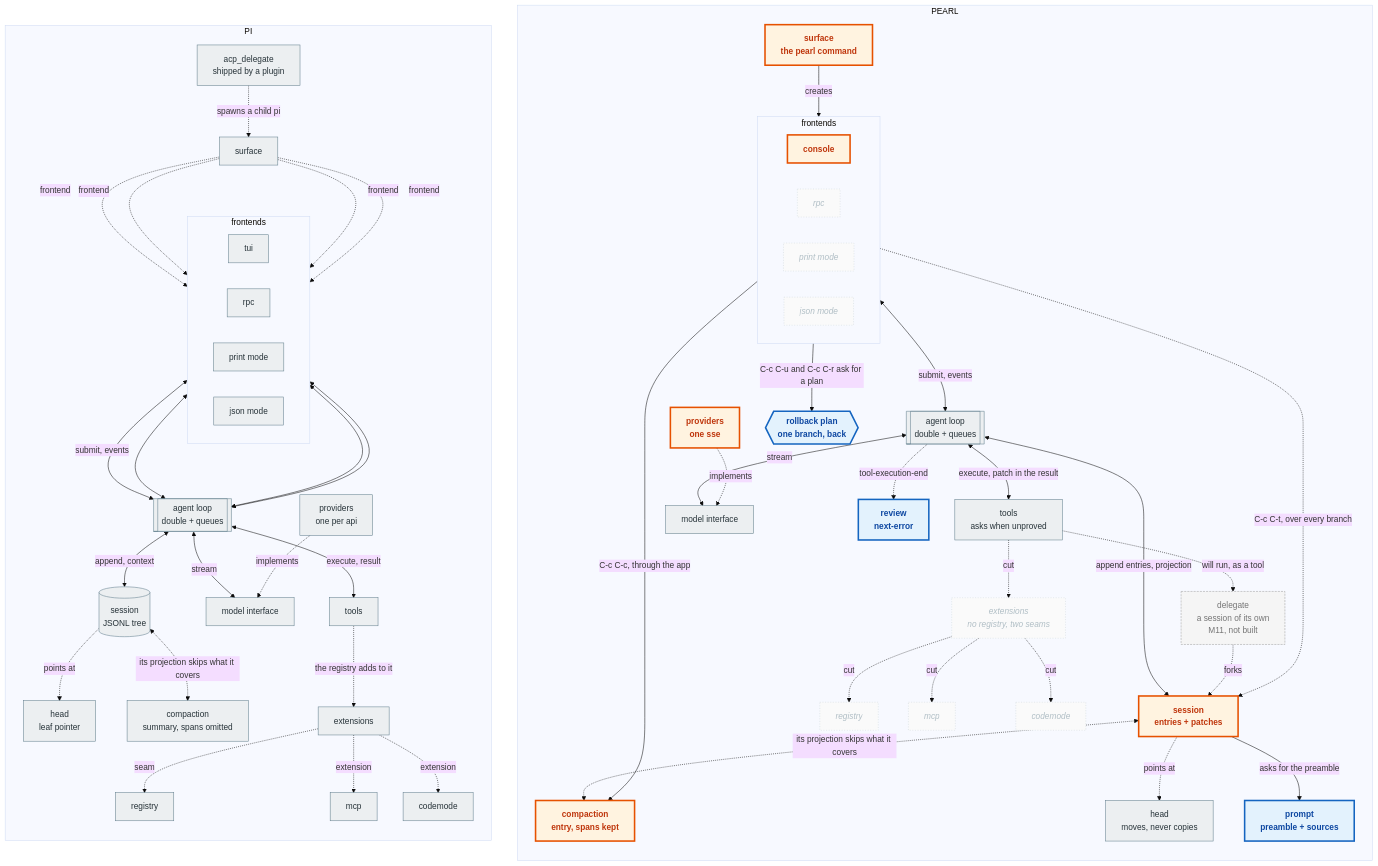
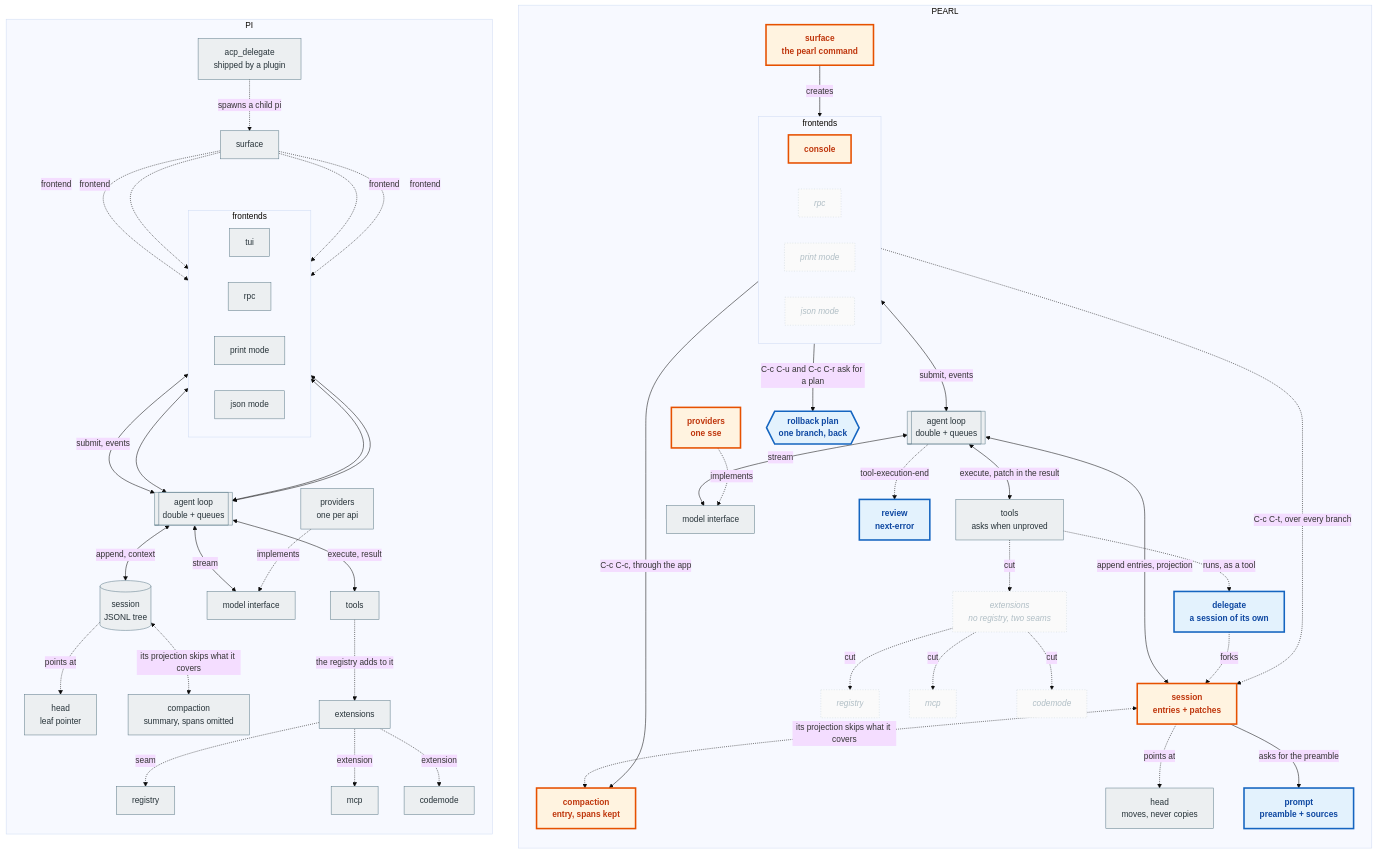
One commit to OverbearingPearl/pearl changed the diagram in README.md. Above: the diagram before and after it, drawn with Mermaid (base theme). The commit also changed other lines of this file and 9 other files, not shown here.

````diff
--- a/README.md
+++ b/README.md
@@ -114,69 +114,68 @@
 ```mermaid
 flowchart TB
   subgraph R["PEARL"]
     direction TB
     r_surf["surface<br/>the pearl command"]
     subgraph r_fronts["frontends"]
       direction LR
       r_console["console"] & r_rpc["rpc"] & r_print["print mode"] & r_json["json mode"]
     end
     r_surf -->|creates| r_console
     r_console <-->|submit, events| r_loop[["agent loop<br/>double + queues"]]
     r_console -->|C-c C-c, through the app| r_compact
     r_console -.->|C-c C-t, over every branch| r_sess
     r_loop <-->|execute, patch in the result| r_tools["tools<br/>asks when unproved"]
     r_loop <-->|stream| r_model["model interface"]
     r_loop <-->|append entries, projection| r_sess["session<br/>entries + patches"]
     r_sess -.->|points at| r_leaf["head<br/>moves, never copies"]
     r_sess <-.->|its projection skips what it covers| r_compact["compaction<br/>entry, spans kept"]
     r_tools -.->|cut| r_ext["extensions<br/>no registry, two seams"]
     r_prov["providers<br/>one sse"] -.->|implements| r_model
-    r_tools -.->|will run, as a tool| r_delegate["delegate<br/>a session of its own<br/>M11, not built"]
+    r_tools -.->|runs, as a tool| r_delegate["delegate<br/>a session of its own"]
     r_delegate -.->|forks| r_sess
     r_sess -->|asks for the preamble| r_prompt["prompt<br/>preamble + sources"]
     r_plan{{"rollback plan<br/>one branch, back"}}
     r_console -->|C-c C-u and C-c C-r ask for a plan| r_plan
     r_loop -.->|tool-execution-end| r_review["review<br/>next-error"]
     r_ext -.->|cut| r_registry["registry"]
     r_ext -.->|cut| r_mcp["mcp"]
     r_ext -.->|cut| r_codemode["codemode"]
   end
   subgraph L["PI"]
     direction TB
     l_surf["surface"]
     subgraph l_fronts["frontends"]
       direction LR
       l_tui["tui"] & l_rpc["rpc"] & l_print["print mode"] & l_json["json mode"]
     end
     l_surf -.->|frontend| l_tui
     l_surf -.->|frontend| l_rpc
     l_surf -.->|frontend| l_print
     l_surf -.->|frontend| l_json
     l_tui <-->|submit, events| l_loop[["agent loop<br/>double + queues"]]
     l_rpc <--> l_loop
     l_print <--> l_loop
     l_json <--> l_loop
     l_loop <-->|execute, result| l_tools["tools"]
     l_loop <-->|stream| l_model["model interface"]
     l_loop <-->|append, context| l_sess[("session<br/>JSONL tree")]
     l_sess -.->|points at| l_leaf["head<br/>leaf pointer"]
     l_sess <-.->|its projection skips what it covers| l_compact["compaction<br/>summary, spans omitted"]
     l_tools -.->|the registry adds to it| l_ext["extensions"]
     l_ext -.->|seam| l_registry["registry"]
     l_ext -.->|extension| l_mcp["mcp"]
     l_ext -.->|extension| l_codemode["codemode"]
     l_prov["providers<br/>one per api"] -.->|implements| l_model
     l_delegate["acp_delegate<br/>shipped by a plugin"] -.->|spawns a child pi| l_surf
   end
   classDef base fill:#eceff1,stroke:#607d8b,color:#263238
   classDef changed fill:#fff3e0,stroke:#e65100,color:#bf360c,stroke-width:3px,font-weight:bold
   classDef added fill:#e3f2fd,stroke:#1565c0,color:#0d47a1,stroke-width:3px,font-weight:bold
   classDef removed fill:#fafafa,stroke:#cfd8dc,color:#b0bec5,font-style:italic,stroke-dasharray:2 3
-  classDef planned fill:#f5f5f5,stroke:#9e9e9e,color:#757575,stroke-dasharray:4 2
   class l_surf,l_tui,l_rpc,l_print,l_json,l_loop,l_tools,l_model,l_sess,l_leaf,l_compact,l_ext,l_registry,l_mcp,l_codemode,l_prov,l_delegate base
   class r_loop,r_tools,r_model,r_leaf base
   class r_surf,r_console,r_sess,r_compact,r_prov changed
   class r_prompt,r_plan,r_review added
   class r_ext,r_rpc,r_print,r_json,r_registry,r_mcp,r_codemode removed
-  class r_delegate planned
+  class r_delegate added
 ```
````
